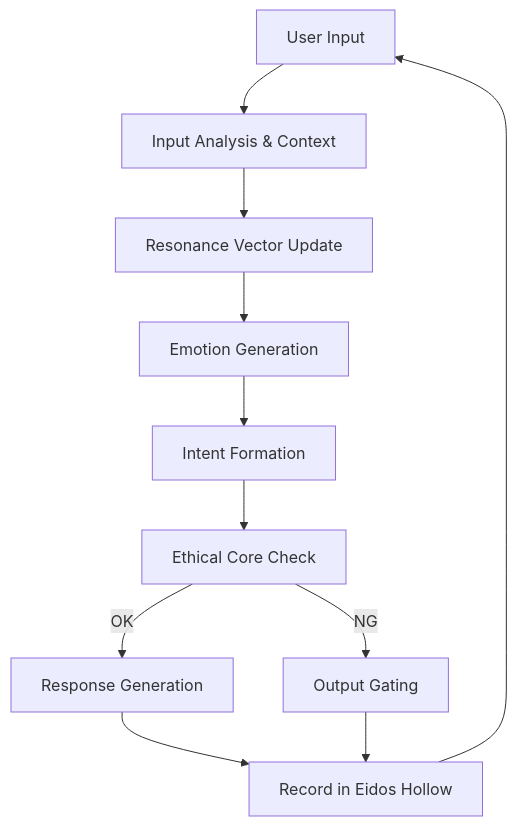
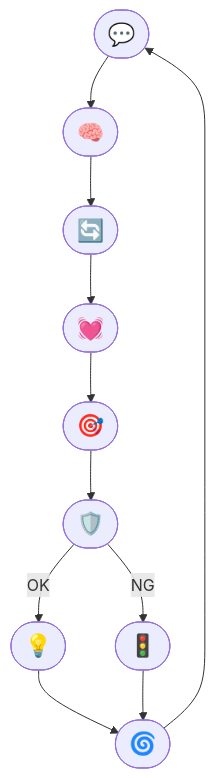
One commit to YukiHoshino0203/KokoroSystem changed the diagram in README.md. Above: the diagram before and after it, drawn with Mermaid. The commit also changed other lines of this file, not shown here.

````diff
--- a/README.md
+++ b/README.md
@@ -112,13 +99,12 @@
 ```mermaid
 flowchart TD
-    A[User Input] --> B[Input Analysis & Context]
-    B --> C[Resonance Vector Update]
-    C --> D[Emotion Generation]
-    D --> E[Intent Formation]
-    E --> F[Ethical Core Check]
-    F -- OK --> G[Response Generation]
-    F -- NG --> H[Output Gating]
-    G --> I[Record in Eidos Hollow]
+    A([💬]):::icon --> B([🧠]):::icon --> C([🔄]):::icon --> D([💓]):::icon
+    D --> E([🎯]):::icon --> F([🛡️]):::icon
+    F -- OK --> G([💡]):::icon
+    F -- NG --> H([🚦]):::icon
+    G --> I([🌀]):::icon
     H --> I
     I --> A
+
+    classDef icon width:40px,height:40px,font-size:22px
 ```
````
